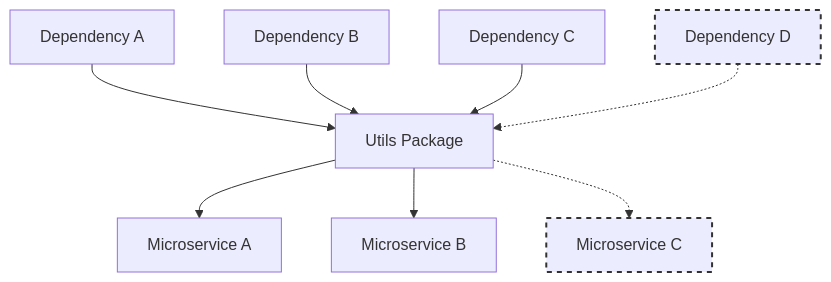
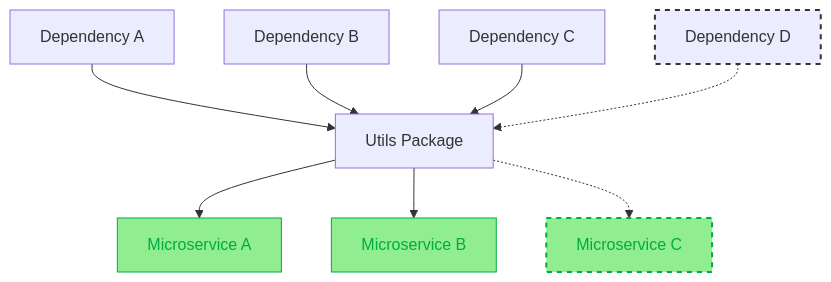
Before and after one commit to dkraczkowski/dkraczkowski.github.io: the second of 5 diagrams in articles/utils-common-pitfalls/README.md, drawn with Mermaid. The commit also changed other lines of this file, not shown here.

Commit message:
Better diagrams + hint for readers

````diff
--- a/articles/utils-common-pitfalls/README.md
+++ b/articles/utils-common-pitfalls/README.md
@@ -26,12 +29,15 @@
 ```mermaid
 flowchart TD
-    style MC stroke-dasharray: 5,5,stroke-width:2px,stroke:#333;
+    style MA fill:#90EE90,stroke: #00ab41,color: #00ab41;
+    style MB fill:#90EE90,stroke: #00ab41,color: #00ab41;
+    
+    style MC fill:#90EE90,color: #00ab41,stroke-dasharray: 5,5,stroke-width:2px,stroke:#00ab41;
     style DD stroke-dasharray: 5,5,stroke-width:2px,stroke:#333;
     DA[Dependency A] --> Utils[Utils Package]
     DB[Dependency B] --> Utils
     DC[Dependency C] --> Utils
     DD[Dependency D] -.-> Utils
     Utils --> MA[Microservice A]
     Utils --> MB[Microservice B]
     Utils -.-> MC[Microservice C]
 ```
````
